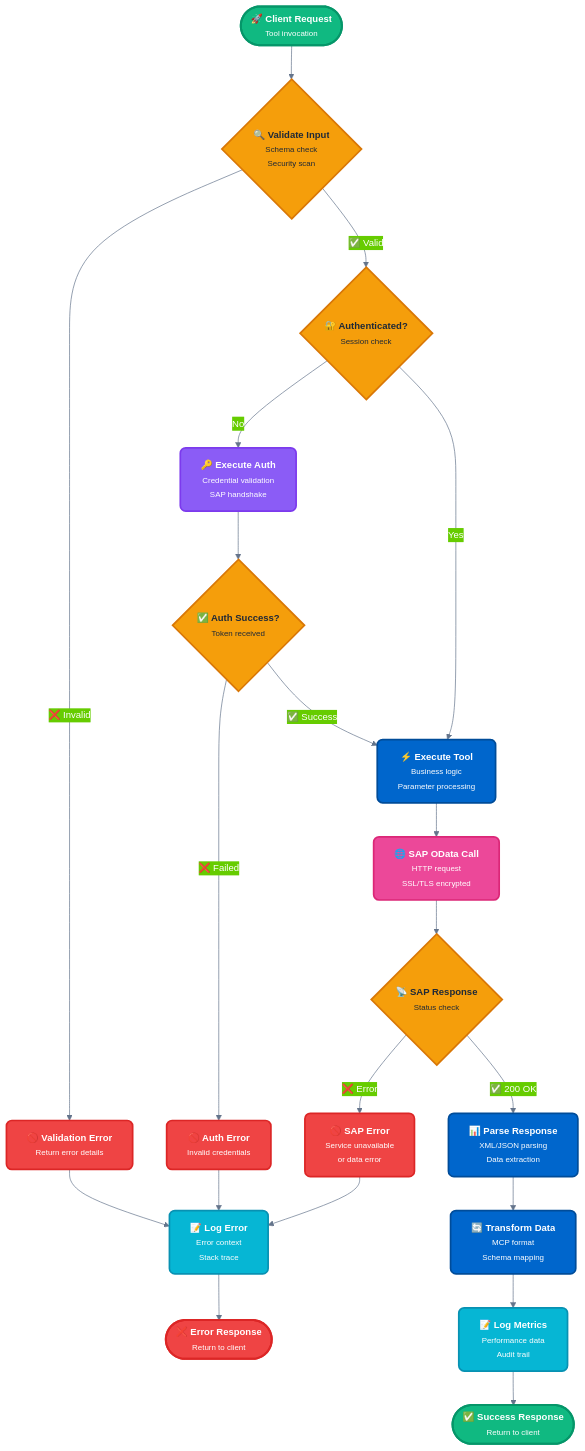
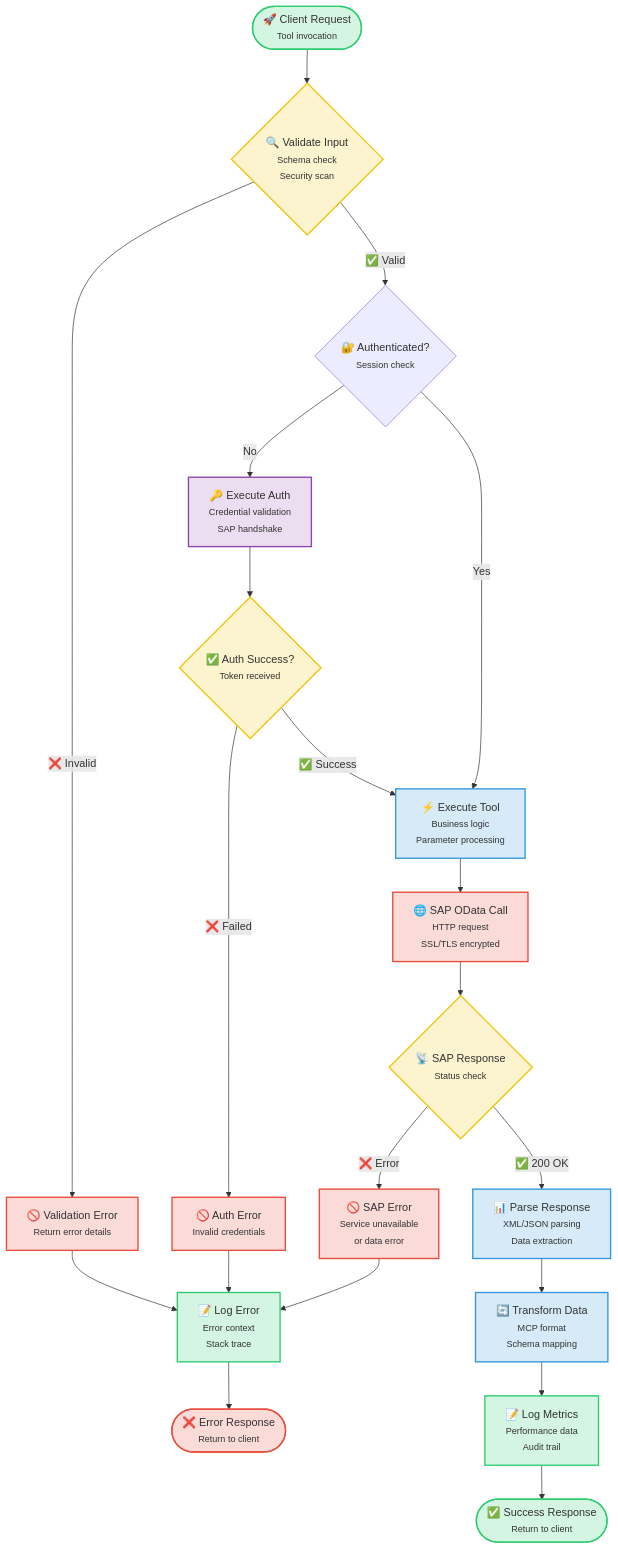
Before and after one commit to midasol/sap-mcp-server: the fourth of 5 diagrams in README.md, drawn with Mermaid. The commit also changed other lines of this file, not shown here.

````diff
--- a/README.md
+++ b/README.md
@@ -257,45 +271,54 @@
 ```mermaid
-%%{init: {'theme':'base', 'themeVariables': { 'primaryColor':'#0066CC','primaryTextColor':'#FFFFFF','primaryBorderColor':'#004C99','lineColor':'#64748B','fontSize':'14px','fontFamily':'system-ui, -apple-system, sans-serif'}}}%%
 flowchart TD
-    Start([<b>🚀 Client Request</b><br/><small>Tool invocation</small>]):::startNode
+    Start([🚀 Client Request<br/><small>Tool invocation</small>])
 
-    Start --> Validate{<b>🔍 Validate Input</b><br/><small>Schema check</small><br/><small>Security scan</small>}:::decisionNode
+    Start --> Validate{🔍 Validate Input<br/><small>Schema check</small><br/><small>Security scan</small>}
 
-    Validate -->|"❌ Invalid"| Error1[<b>🚫 Validation Error</b><br/><small>Return error details</small>]:::errorNode
-    Validate -->|"✅ Valid"| Auth{<b>🔐 Authenticated?</b><br/><small>Session check</small>}:::decisionNode
+    Validate -->|❌ Invalid| Error1[🚫 Validation Error<br/><small>Return error details</small>]
+    Validate -->|✅ Valid| Auth{🔐 Authenticated?<br/><small>Session check</small>}
 
-    Auth -->|"No"| DoAuth[<b>🔑 Execute Auth</b><br/><small>Credential validation</small><br/><small>SAP handshake</small>]:::authNode
-    DoAuth --> AuthCheck{<b>✅ Auth Success?</b><br/><small>Token received</small>}:::decisionNode
+    Auth -->|No| DoAuth[🔑 Execute Auth<br/><small>Credential validation</small><br/><small>SAP handshake</small>]
+    DoAuth --> AuthCheck{✅ Auth Success?<br/><small>Token received</small>}
 
-    AuthCheck -->|"❌ Failed"| Error2[<b>🚫 Auth Error</b><br/><small>Invalid credentials</small>]:::errorNode
-    AuthCheck -->|"✅ Success"| Execute
+    AuthCheck -->|❌ Failed| Error2[🚫 Auth Error<br/><small>Invalid credentials</small>]
+    AuthCheck -->|✅ Success| Execute
 
-    Auth -->|"Yes"| Execute[<b>⚡ Execute Tool</b><br/><small>Business logic</small><br/><small>Parameter processing</small>]:::processNode
+    Auth -->|Yes| Execute[⚡ Execute Tool<br/><small>Business logic</small><br/><small>Parameter processing</small>]
 
-    Execute --> SAPCall[<b>🌐 SAP OData Call</b><br/><small>HTTP request</small><br/><small>SSL/TLS encrypted</small>]:::sapNode
+    Execute --> SAPCall[🌐 SAP OData Call<br/><small>HTTP request</small><br/><small>SSL/TLS encrypted</small>]
 
-    SAPCall --> SAPCheck{<b>📡 SAP Response</b><br/><small>Status check</small>}:::decisionNode
+    SAPCall --> SAPCheck{📡 SAP Response<br/><small>Status check</small>}
 
-    SAPCheck -->|"❌ Error"| Error3[<b>🚫 SAP Error</b><br/><small>Service unavailable</small><br/><small>or data error</small>]:::errorNode
-    SAPCheck -->|"✅ 200 OK"| Parse[<b>📊 Parse Response</b><br/><small>XML/JSON parsing</small><br/><small>Data extraction</small>]:::processNode
+    SAPCheck -->|❌ Error| Error3[🚫 SAP Error<br/><small>Service unavailable</small><br/><small>or data error</small>]
+    SAPCheck -->|✅ 200 OK| Parse[📊 Parse Response<br/><small>XML/JSON parsing</small><br/><small>Data extraction</small>]
 
-    Parse --> Transform[<b>🔄 Transform Data</b><br/><small>MCP format</small><br/><small>Schema mapping</small>]:::processNode
+    Parse --> Transform[🔄 Transform Data<br/><small>MCP format</small><br/><small>Schema mapping</small>]
 
-    Transform --> Log[<b>📝 Log Metrics</b><br/><small>Performance data</small><br/><small>Audit trail</small>]:::logNode
+    Transform --> Log[📝 Log Metrics<br/><small>Performance data</small><br/><small>Audit trail</small>]
 
-    Log --> Success([<b>✅ Success Response</b><br/><small>Return to client</small>]):::successNode
+    Log --> Success([✅ Success Response<br/><small>Return to client</small>])
 
-    Error1 & Error2 & Error3 --> LogError[<b>📝 Log Error</b><br/><small>Error context</small><br/><small>Stack trace</small>]:::logNode
+    Error1 & Error2 & Error3 --> LogError[📝 Log Error<br/><small>Error context</small><br/><small>Stack trace</small>]
 
-    LogError --> End([<b>❌ Error Response</b><br/><small>Return to client</small>]):::endNode
+    LogError --> End([❌ Error Response<br/><small>Return to client</small>])
 
-    classDef startNode fill:#10B981,stroke:#059669,stroke-width:3px,color:#FFFFFF,rx:10,ry:10
-    classDef decisionNode fill:#F59E0B,stroke:#D97706,stroke-width:2.5px,color:#1F2937,rx:8,ry:8
-    classDef authNode fill:#8B5CF6,stroke:#7C3AED,stroke-width:2.5px,color:#FFFFFF,rx:8,ry:8
-    classDef processNode fill:#0066CC,stroke:#004C99,stroke-width:2.5px,color:#FFFFFF,rx:8,ry:8
-    classDef sapNode fill:#EC4899,stroke:#DB2777,stroke-width:2.5px,color:#FFFFFF,rx:8,ry:8
-    classDef errorNode fill:#EF4444,stroke:#DC2626,stroke-width:2.5px,color:#FFFFFF,rx:8,ry:8
-    classDef logNode fill:#06B6D4,stroke:#0891B2,stroke-width:2.5px,color:#FFFFFF,rx:8,ry:8
-    classDef successNode fill:#10B981,stroke:#059669,stroke-width:3px,color:#FFFFFF,rx:10,ry:10
-    classDef endNode fill:#EF4444,stroke:#DC2626,stroke-width:3px,color:#FFFFFF,rx:10,ry:10
+    classDef startNode fill:#D5F5E3,stroke:#2ECC71,stroke-width:2px
+    classDef decisionNode fill:#FCF3CF,stroke:#F1C40F,stroke-width:2px
+    classDef authNode fill:#EBDEF0,stroke:#8E44AD,stroke-width:2px
+    classDef processNode fill:#D6EAF8,stroke:#3498DB,stroke-width:2px
+    classDef sapNode fill:#FADBD8,stroke:#E74C3C,stroke-width:2px
+    classDef errorNode fill:#FADBD8,stroke:#E74C3C,stroke-width:2px
+    classDef logNode fill:#D5F5E3,stroke:#2ECC71,stroke-width:2px
+    classDef successNode fill:#D5F5E3,stroke:#2ECC71,stroke-width:2px
+    classDef endNode fill:#FADBD8,stroke:#E74C3C,stroke-width:2px
+
+    class Start startNode
+    class Validate,SAPCheck,AuthCheck decisionNode
+    class DoAuth authNode
+    class Execute,Parse,Transform processNode
+    class SAPCall sapNode
+    class Error1,Error2,Error3 errorNode
+    class Log,LogError logNode
+    class Success successNode
+    class End endNode
 ```
````
